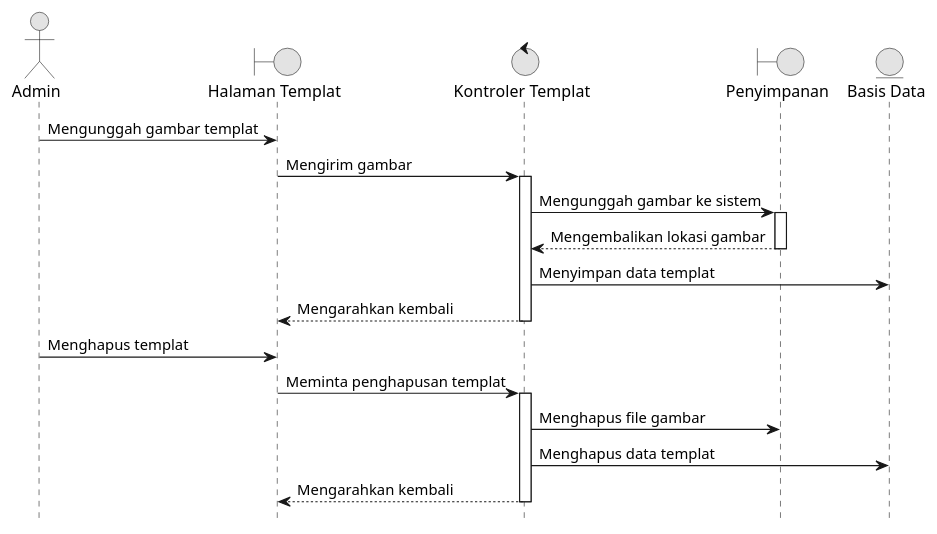
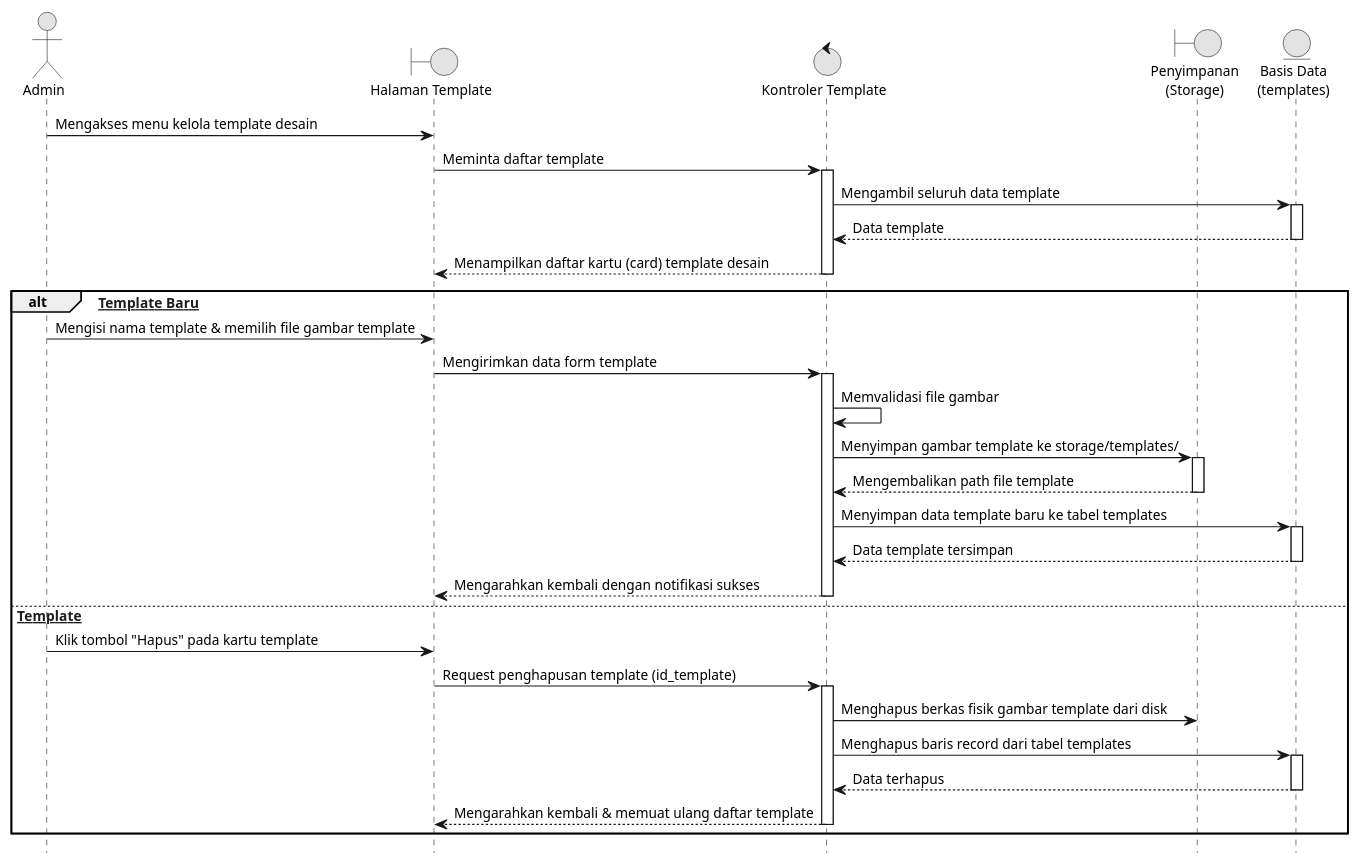
Before and after one commit to Reyonl/project_TA: the eighth of 11 diagrams in docs/diagrams/semua_diagram.puml, drawn with PlantUML. The commit also changed other lines of this file and 25 other files, not shown here.

Commit message:
docs: regenerate thesis diagrams, add class/LRS diagrams and viewers

```diff
--- a/docs/diagrams/semua_diagram.puml
+++ b/docs/diagrams/semua_diagram.puml
@@ -228,30 +303,52 @@
 @startuml 08_Kelola_Template
 hide footbox
+skinparam backgroundColor white
 skinparam monochrome true
 skinparam shadowing false
+skinparam DefaultFontName Arial
+skinparam DefaultFontSize 12
 
 actor "Admin" as Admin
-boundary "Halaman Templat" as View
-control "Kontroler Templat" as Controller
-boundary "Penyimpanan" as Storage
-entity "Basis Data" as DB
+boundary "Halaman Template" as View
+control "Kontroler Template" as Controller
+boundary "Penyimpanan\n(Storage)" as Storage
+entity "Basis Data\n(templates)" as DB
 
-Admin -> View : Mengunggah gambar templat
-View -> Controller : Mengirim gambar
+Admin -> View : Mengakses menu kelola template desain
+View -> Controller : Meminta daftar template
 activate Controller
-Controller -> Storage : Mengunggah gambar ke sistem
-activate Storage
-Storage --> Controller : Mengembalikan lokasi gambar
-deactivate Storage
-Controller -> DB : Menyimpan data templat
-Controller --> View : Mengarahkan kembali
+Controller -> DB : Mengambil seluruh data template
+activate DB
+DB --> Controller : Data template
+deactivate DB
+Controller --> View : Menampilkan daftar kartu (card) template desain
 deactivate Controller
 
-Admin -> View : Menghapus templat
-View -> Controller : Meminta penghapusan templat
-activate Controller
-Controller -> Storage : Menghapus file gambar
-Controller -> DB : Menghapus data templat
-Controller --> View : Mengarahkan kembali
-deactivate Controller
+alt [Tambah Template Baru]
+    Admin -> View : Mengisi nama template & memilih file gambar template
+    View -> Controller : Mengirimkan data form template
+    activate Controller
+    Controller -> Controller : Memvalidasi file gambar
+    Controller -> Storage : Menyimpan gambar template ke storage/templates/
+    activate Storage
+    Storage --> Controller : Mengembalikan path file template
+    deactivate Storage
+    Controller -> DB : Menyimpan data template baru ke tabel templates
+    activate DB
+    DB --> Controller : Data template tersimpan
+    deactivate DB
+    Controller --> View : Mengarahkan kembali dengan notifikasi sukses
+    deactivate Controller
+else [Hapus Template]
+    Admin -> View : Klik tombol "Hapus" pada kartu template
+    View -> Controller : Request penghapusan template (id_template)
+    activate Controller
+    Controller -> Storage : Menghapus berkas fisik gambar template dari disk
+    Controller -> DB : Menghapus baris record dari tabel templates
+    activate DB
+    DB --> Controller : Data terhapus
+    deactivate DB
+    Controller --> View : Mengarahkan kembali & memuat ulang daftar template
+    deactivate Controller
+end
 @enduml
```
